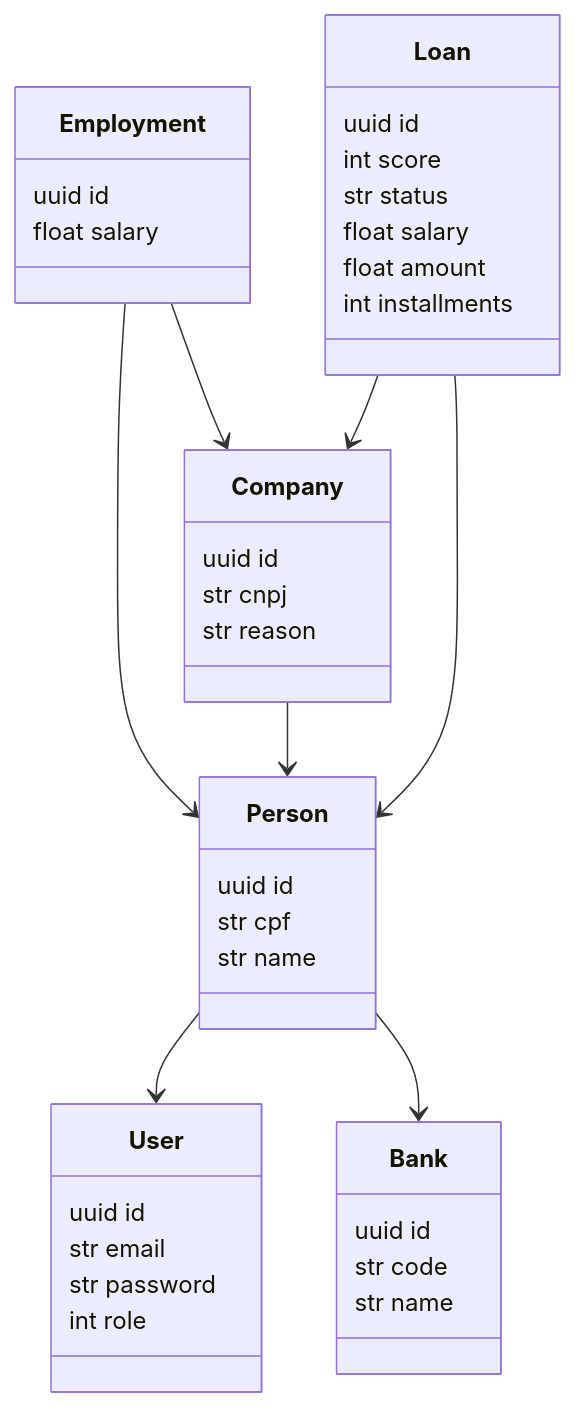
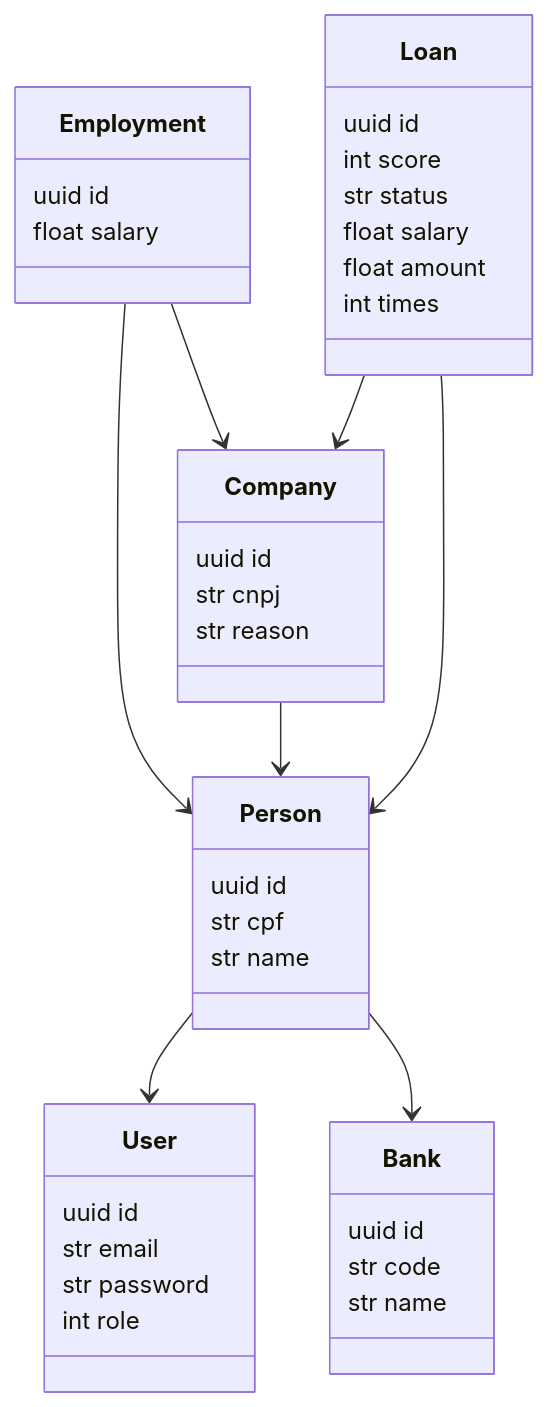
One commit to artphil/auto_credit changed the diagram in README.md. Above: the diagram before and after it, drawn with Mermaid.

Commit message:
doc: update variable

````diff
--- a/README.md
+++ b/README.md
@@ -51,32 +51,32 @@
 ```mermaid
 classDiagram
 Person: uuid id
 Person: str cpf
 Person: str name
 User: uuid id
 User: str email
 User: str password
 User: int role
 Company: uuid id
 Company: str cnpj
 Company: str reason
 Employment: uuid id
 Employment: float salary
 Bank: uuid id
 Bank: str code
 Bank: str name
 Loan: uuid id
 Loan: int score
 Loan: str status
 Loan: float salary
 Loan: float amount
-Loan: int installments
+Loan: int times
 
 Person --> User
 Employment --> Person
 Employment --> Company
 Company --> Person
 Person --> Bank
 Loan --> Person
 Loan --> Company
 ```
````
